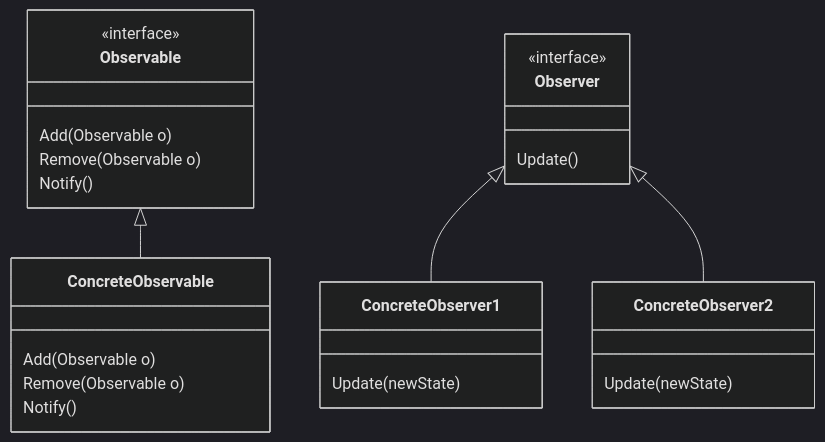
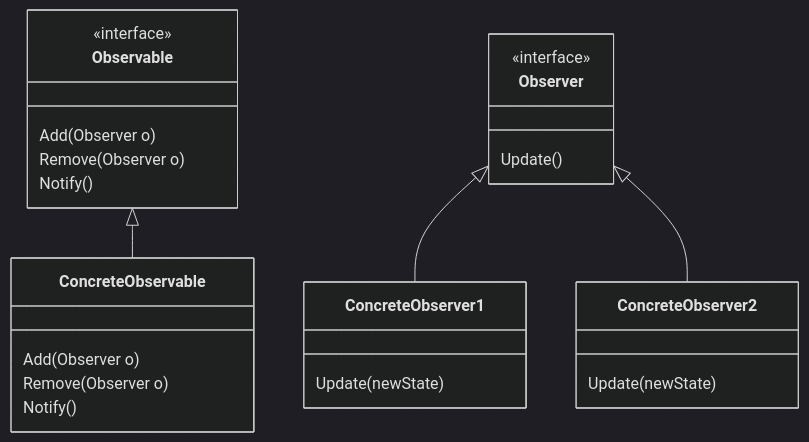
One commit to nburunova/patterns changed the second of 2 diagrams in observer/README.md. Above: the diagram before and after it, drawn with Mermaid (dark theme). The commit also changed other lines of this file and 16 other files, not shown here.

````diff
--- a/observer/README.md
+++ b/observer/README.md
@@ -36,22 +36,22 @@
 ```mermaid
 classDiagram
     class Observable
     <<interface>> Observable
-    Observable : Add(Observable o)
-    Observable : Remove(Observable o)
+    Observable : Add(Observer o)
+    Observable : Remove(Observer o)
     Observable : Notify()
 
     Observable <|-- ConcreteObservable
-    ConcreteObservable : Add(Observable o)
-    ConcreteObservable : Remove(Observable o)
+    ConcreteObservable : Add(Observer o)
+    ConcreteObservable : Remove(Observer o)
     ConcreteObservable : Notify()
 
     class Observer
     <<interface>> Observer
     Observer : Update()
 
     Observer <|-- ConcreteObserver1
     ConcreteObserver1 : Update(newState)
     Observer <|-- ConcreteObserver2
     ConcreteObserver2 : Update(newState)
 ```
````
